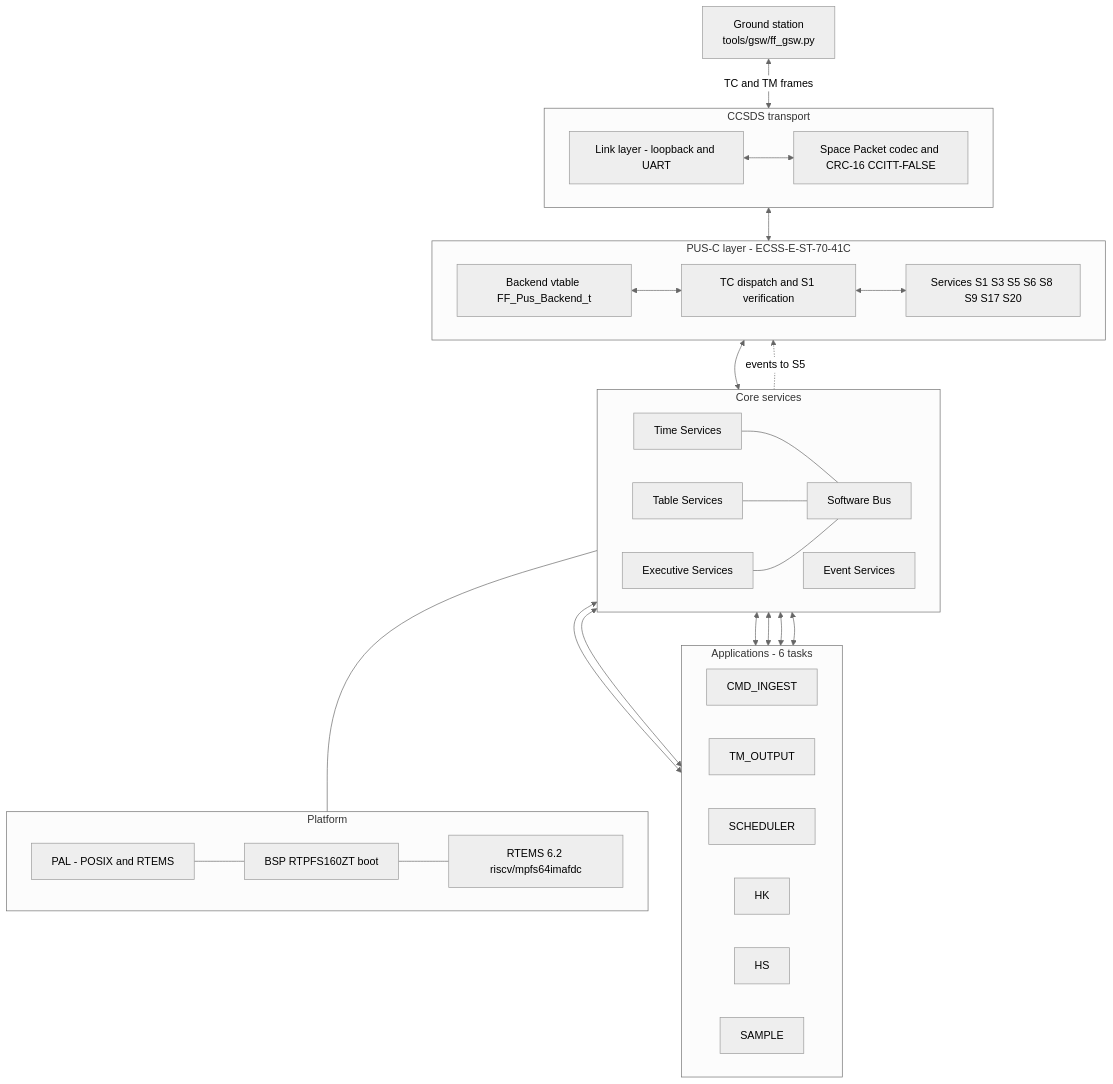
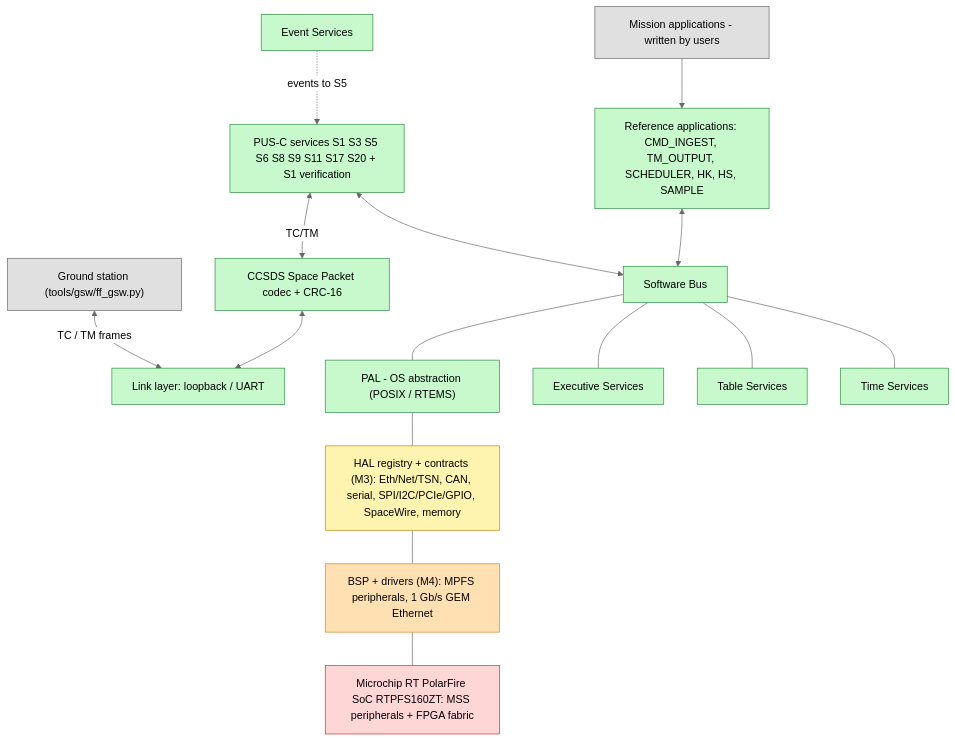
The first of 2 diagrams in README.md (ilfrick/frick-fsw), drawn with Mermaid (neutral theme) before and after one commit. The commit also changed other lines of this file and 53 other files, not shown here.

First line of the commit message:
M3: HAL interfaces + ECSS design/assurance documentation

````diff
--- a/README.md
+++ b/README.md
@@ -139,63 +139,40 @@
 ```mermaid
 flowchart TB
-    GSW["Ground station<br/>tools/gsw/ff_gsw.py"]
+    classDef impl fill:#c7f9cc,stroke:#2b8a3e,color:#000
+    classDef iface fill:#fff3b0,stroke:#b8860b,color:#000
+    classDef m4 fill:#ffe0b3,stroke:#d9822b,color:#000
+    classDef user fill:#e0e0e0,stroke:#666,color:#000
+    classDef hw fill:#ffd6d6,stroke:#c92a2a,color:#000
 
-    subgraph APPS["Applications - 6 tasks"]
-        direction LR
-        A1["CMD_INGEST"]
-        A2["TM_OUTPUT"]
-        A3["SCHEDULER"]
-        A4["HK"]
-        A5["HS"]
-        A6["SAMPLE"]
-    end
+    GSW["Ground station (tools/gsw/ff_gsw.py)"]:::user
+    MISSION["Mission applications - written by users"]:::user
 
-    subgraph PUS["PUS-C layer - ECSS-E-ST-70-41C"]
-        direction LR
-        P1["TC dispatch and S1 verification"]
-        P2["Services S1 S3 S5 S6 S8 S9 S17 S20"]
-        P3["Backend vtable FF_Pus_Backend_t"]
-    end
+    A1["Reference applications: CMD_INGEST, TM_OUTPUT, SCHEDULER, HK, HS, SAMPLE"]:::impl
+    P1["PUS-C services S1 S3 S5 S6 S8 S9 S11 S17 S20 + S1 verification"]:::impl
+    C1["Software Bus"]:::impl
+    C2["Event Services"]:::impl
+    C3["Executive Services"]:::impl
+    C4["Table Services"]:::impl
+    C5["Time Services"]:::impl
+    T1["CCSDS Space Packet codec + CRC-16"]:::impl
+    T2["Link layer: loopback / UART"]:::impl
+    PL1["PAL - OS abstraction (POSIX / RTEMS)"]:::impl
+    H1["HAL registry + contracts (M3): Eth/Net/TSN, CAN, serial, SPI/I2C/PCIe/GPIO, SpaceWire, memory"]:::iface
+    B1["BSP + drivers (M4): MPFS peripherals, 1 Gb/s GEM Ethernet"]:::m4
+    HW["Microchip RT PolarFire SoC RTPFS160ZT: MSS peripherals + FPGA fabric"]:::hw
 
-    subgraph CORE["Core services"]
-        direction LR
-        C1["Software Bus"]
-        C2["Event Services"]
-        C3["Executive Services"]
-        C4["Table Services"]
-        C5["Time Services"]
-    end
-
-    subgraph TRANSPORT["CCSDS transport"]
-        direction LR
-        T1["Space Packet codec and CRC-16 CCITT-FALSE"]
-        T2["Link layer - loopback and UART"]
-    end
-
-    subgraph PLATFORM["Platform"]
-        direction LR
-        PL1["PAL - POSIX and RTEMS"]
-        PL2["BSP RTPFS160ZT boot"]
-        PL3["RTEMS 6.2 riscv/mpfs64imafdc"]
-    end
-
-    GSW <-->|"TC and TM frames"| T2
-    T2 <--> T1
-    T1 <--> P3
-    P3 <--> P1
-    P1 <--> P2
-    P2 <--> C1
-    C2 -.->|"events to S5"| P2
-    C1 <--> A1
-    C1 <--> A2
-    C1 <--> A3
-    C1 <--> A4
-    C1 <--> A5
-    C1 <--> A6
-    C5 --- C1
-    C4 --- C1
-    C3 --- C1
+    MISSION --> A1
+    GSW <-->|"TC / TM frames"| T2
+    A1 <--> C1
+    P1 <--> C1
+    P1 <-->|"TC/TM"| T1
+    C2 -.->|"events to S5"| P1
+    T1 <--> T2
+    C1 --- C5
+    C1 --- C4
+    C1 --- C3
     C1 --- PL1
-    PL1 --- PL2
-    PL2 --- PL3
+    PL1 --- H1
+    H1 --- B1
+    B1 --- HW
 ```
````
